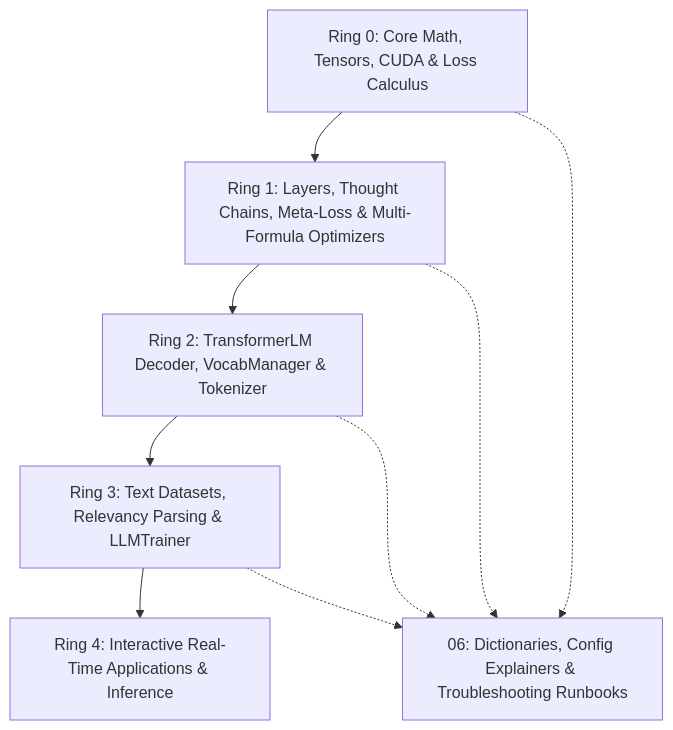
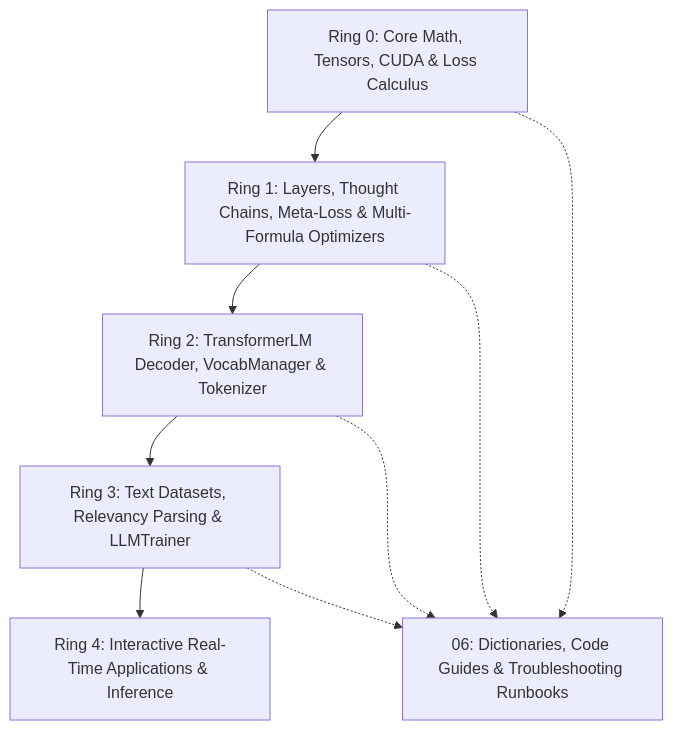
One commit to Heaplyn/NeuralNet changed the diagram in NeuralNet Obsidian/Index.md. Above: the diagram before and after it, drawn with Mermaid. The commit also changed other lines of this file and 17 other files, not shown here.

````diff
--- a/NeuralNet Obsidian/Index.md
+++ b/NeuralNet Obsidian/Index.md
@@ -73,11 +74,11 @@
 ```mermaid
 graph TD
     R0["Ring 0: Core Math, Tensors, CUDA & Loss Calculus"] --> R1["Ring 1: Layers, Thought Chains, Meta-Loss & Multi-Formula Optimizers"]
     R1 --> R2["Ring 2: TransformerLM Decoder, VocabManager & Tokenizer"]
     R2 --> R3["Ring 3: Text Datasets, Relevancy Parsing & LLMTrainer"]
     R3 --> R4["Ring 4: Interactive Real-Time Applications & Inference"]
-    R0 -.-> Ref["06: Dictionaries, Config Explainers & Troubleshooting Runbooks"]
+    R0 -.-> Ref["06: Dictionaries, Code Guides & Troubleshooting Runbooks"]
     R1 -.-> Ref
     R2 -.-> Ref
     R3 -.-> Ref
 ```
````
